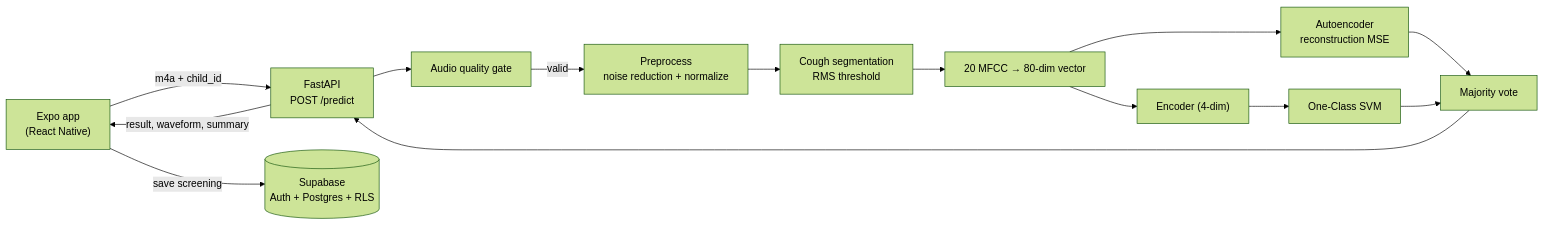
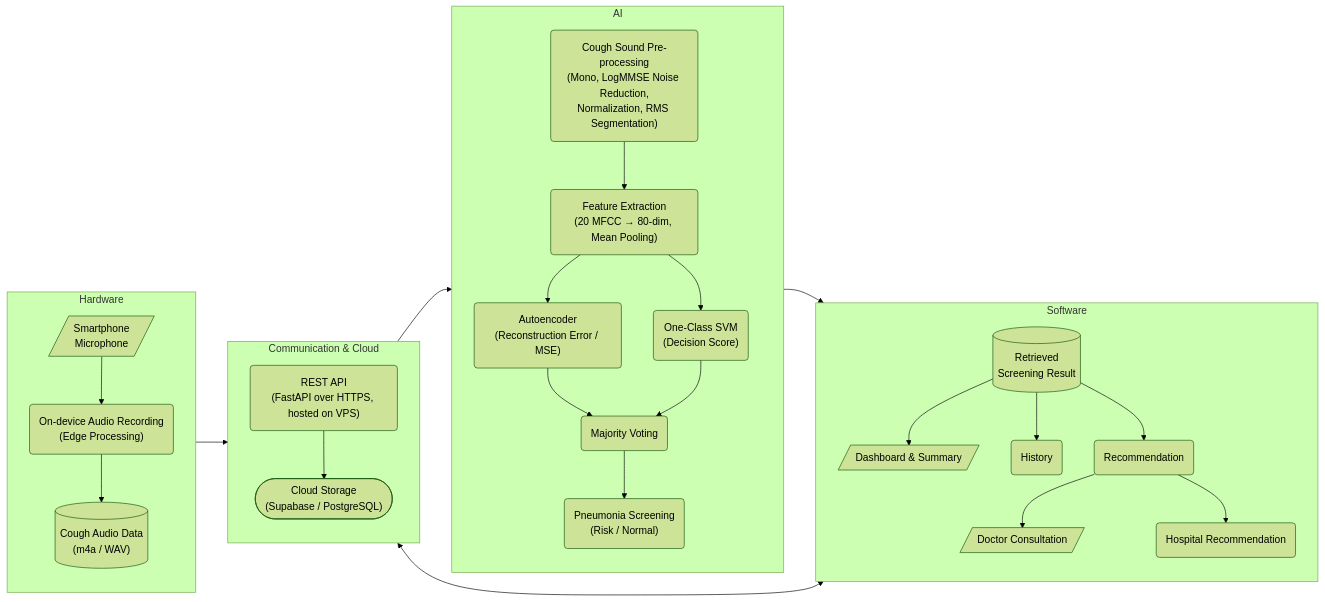
One commit to BagusNaren/PNEUMOTrack changed the diagram in README.md. Above: the diagram before and after it, drawn with Mermaid (forest theme).

Commit message:
Enhance README with audio and AI pipeline flowchart
Added detailed flowchart for the audio and AI pipeline in the README.

````diff
--- a/README.md
+++ b/README.md
@@ -69,16 +69,51 @@
 ```mermaid
 flowchart LR
-    APP["Expo app<br/>(React Native)"] -->|"m4a + child_id"| API["FastAPI<br/>POST /predict"]
-    API --> GATE["Audio quality gate"]
-    GATE -->|valid| PRE["Preprocess<br/>noise reduction + normalize"]
-    PRE --> SEG["Cough segmentation<br/>RMS threshold"]
-    SEG --> FEAT["20 MFCC → 80-dim vector"]
-    FEAT --> AE["Autoencoder<br/>reconstruction MSE"]
-    FEAT --> ENC["Encoder (4-dim)"]
-    ENC --> SVM["One-Class SVM"]
-    AE --> VOTE["Majority vote"]
-    SVM --> VOTE
-    VOTE --> API
-    API -->|"result, waveform, summary"| APP
-    APP -->|"save screening"| SB[("Supabase<br/>Auth + Postgres + RLS")]
+    subgraph HW["Hardware"]
+        direction TB
+        MIC[/"Smartphone<br/>Microphone"/] --> REC("On-device Audio Recording<br/>(Edge Processing)")
+        REC --> AUD[("Cough Audio Data<br/>(m4a / WAV)")]
+    end
+
+    subgraph CC["Communication & Cloud"]
+        direction TB
+        API("REST API<br/>(FastAPI over HTTPS, hosted on VPS)")
+        CLOUD(["Cloud Storage<br/>(Supabase / PostgreSQL)"])
+        API --> CLOUD
+    end
+
+    subgraph SW["Software"]
+        direction TB
+        RES[("Retrieved<br/>Screening Result")]
+        DASH[/"Dashboard & Summary"/]
+        HIST("History")
+        REK("Recommendation")
+        DOC[/"Doctor Consultation"/]
+        HOSP("Hospital Recommendation")
+        RES --> DASH
+        RES --> HIST
+        RES --> REK
+        REK --> DOC
+        REK --> HOSP
+    end
+
+    subgraph AI["AI"]
+        direction TB
+        PRE("Cough Sound Pre-processing<br/>(Mono, LogMMSE Noise Reduction,<br/>Normalization, RMS Segmentation)")
+        FEAT("Feature Extraction<br/>(20 MFCC → 80-dim, Mean Pooling)")
+        AE("Autoencoder<br/>(Reconstruction Error / MSE)")
+        SVM("One-Class SVM<br/>(Decision Score)")
+        VOTE("Majority Voting")
+        OUT("Pneumonia Screening<br/>(Risk / Normal)")
+        PRE --> FEAT
+        FEAT --> AE
+        FEAT --> SVM
+        AE --> VOTE
+        SVM --> VOTE
+        VOTE --> OUT
+    end
+
+    AUD --> API
+    API --> PRE
+    OUT --> RES
+    API <--> RES
 ```
````
